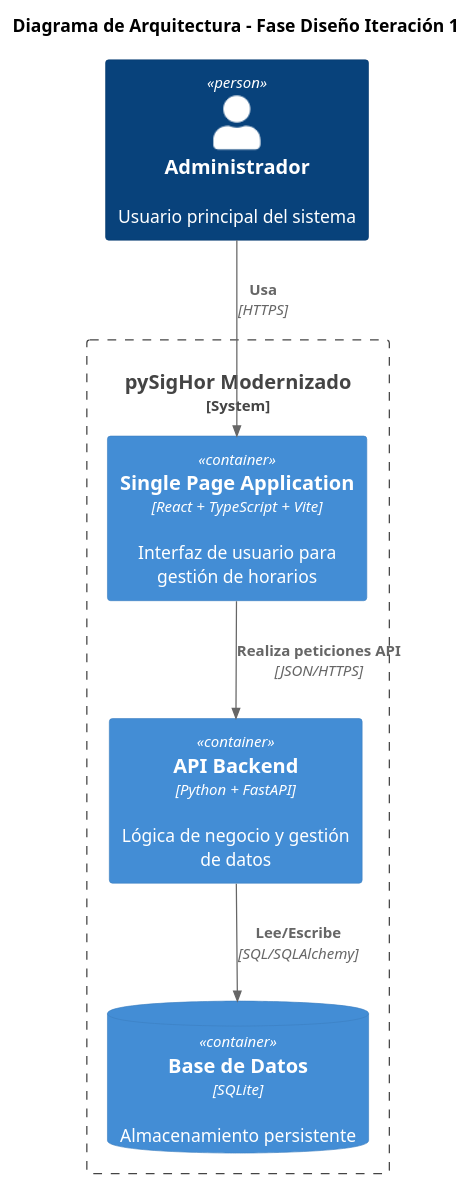
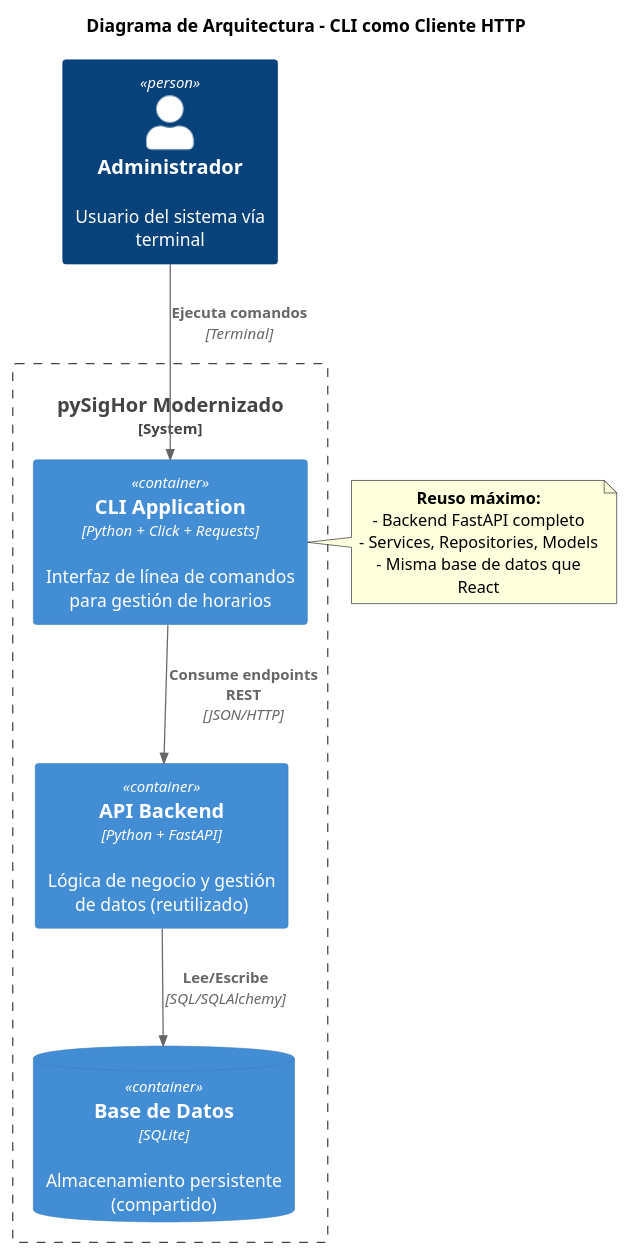
Before and after one commit to mmasias/pySigHor: the diagram in RUP/02-diseño/arquitectura.puml, drawn with PlantUML. The commit also changed 20 other files, not shown here.

Commit message:
feat: Diseño CLI con reuso

```diff
--- a/RUP/02-diseño/arquitectura.puml
+++ b/RUP/02-diseño/arquitectura.puml
@@ -1,18 +1,25 @@
 @startuml
 !include https://raw.githubusercontent.com/plantuml-stdlib/C4-PlantUML/master/C4_Container.puml
 
-title Diagrama de Arquitectura - Fase Diseño Iteración 1
+title Diagrama de Arquitectura - CLI como Cliente HTTP
 
-Person(admin, "Administrador", "Usuario principal del sistema")
+Person(admin, "Administrador", "Usuario del sistema vía terminal")
 
 System_Boundary(c1, "pySigHor Modernizado") {
-    Container(web_app, "Single Page Application", "React + TypeScript + Vite", "Interfaz de usuario para gestión de horarios")
-    Container(api, "API Backend", "Python + FastAPI", "Lógica de negocio y gestión de datos")
-    ContainerDb(database, "Base de Datos", "SQLite", "Almacenamiento persistente")
+    Container(cli_app, "CLI Application", "Python + Click + Requests", "Interfaz de línea de comandos para gestión de horarios")
+    Container(api, "API Backend", "Python + FastAPI", "Lógica de negocio y gestión de datos (reutilizado)")
+    ContainerDb(database, "Base de Datos", "SQLite", "Almacenamiento persistente (compartido)")
 }
 
-Rel(admin, web_app, "Usa", "HTTPS")
-Rel(web_app, api, "Realiza peticiones API", "JSON/HTTPS")
+Rel(admin, cli_app, "Ejecuta comandos", "Terminal")
+Rel(cli_app, api, "Consume endpoints REST", "JSON/HTTP")
 Rel(api, database, "Lee/Escribe", "SQL/SQLAlchemy")
 
+note right of cli_app
+  **Reuso máximo:**
+  - Backend FastAPI completo
+  - Services, Repositories, Models
+  - Misma base de datos que React
+end note
+
 @enduml
```
